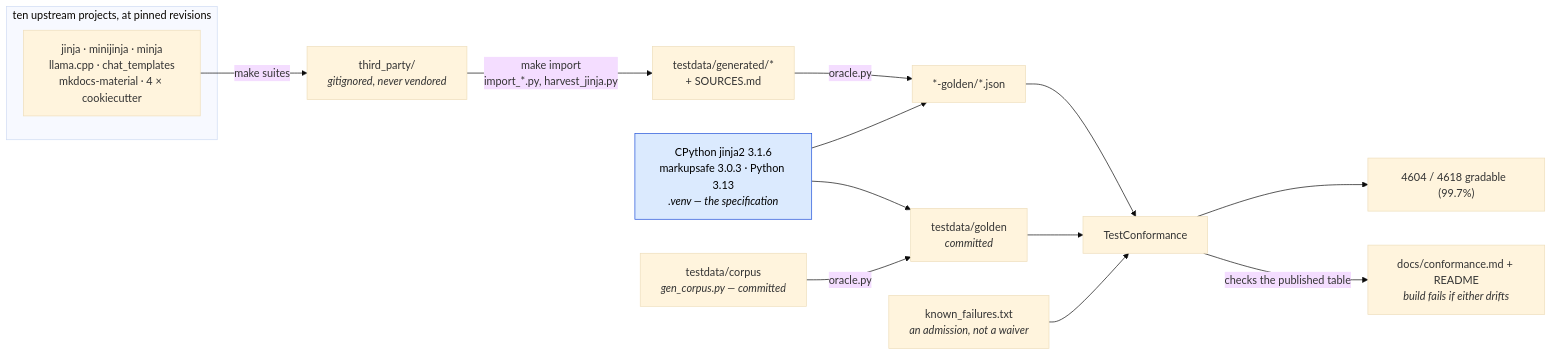
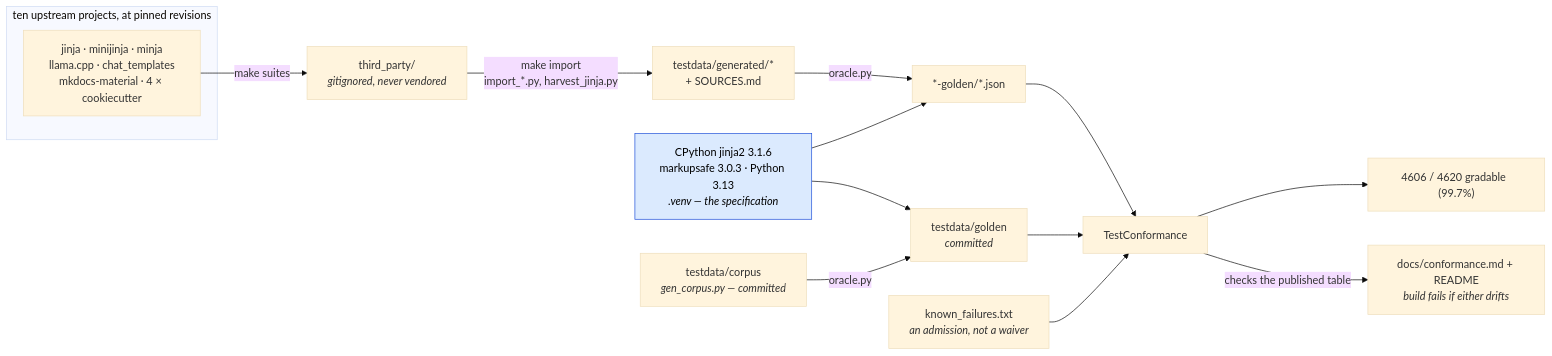
One commit to mgilbir/gojja2 changed the first of 2 diagrams in docs/conformance.md. Above: the diagram before and after it, drawn with Mermaid (base theme). The commit also changed other lines of this file and 12 other files, not shown here.

````diff
--- a/docs/conformance.md
+++ b/docs/conformance.md
@@ -17,24 +17,24 @@
 ```mermaid
 flowchart LR
     subgraph up["ten upstream projects, at pinned revisions"]
         U1["jinja · minijinja · minja<br/>llama.cpp · chat_templates<br/>mkdocs-material · 4 × cookiecutter"]
     end
     U1 -->|"make suites"| TP["third_party/<br/><i>gitignored, never vendored</i>"]
     TP -->|"make import<br/>import_*.py, harvest_jinja.py"| GEN["testdata/generated/*<br/>+ SOURCES.md"]
 
     ORA["CPython jinja2 3.1.6<br/>markupsafe 3.0.3 · Python 3.13<br/><i>.venv — the specification</i>"]
     GEN -->|"oracle.py"| G2["*-golden/*.json"]
     ORA --> G2
 
     OWN["testdata/corpus<br/><i>gen_corpus.py — committed</i>"] -->|"oracle.py"| G1["testdata/golden<br/><i>committed</i>"]
     ORA --> G1
 
     G1 --> TC["TestConformance"]
     G2 --> TC
     KF["known_failures.txt<br/><i>an admission, not a waiver</i>"] --> TC
-    TC --> RATE["4604 / 4618 gradable  (99.7%)"]
+    TC --> RATE["4606 / 4620 gradable  (99.7%)"]
     TC -->|"checks the published table"| RM["docs/conformance.md + README<br/><i>build fails if either drifts</i>"]
 
     classDef spec fill:#dbeafe,stroke:#1d4ed8,color:#000
     class ORA spec
 ```
````
